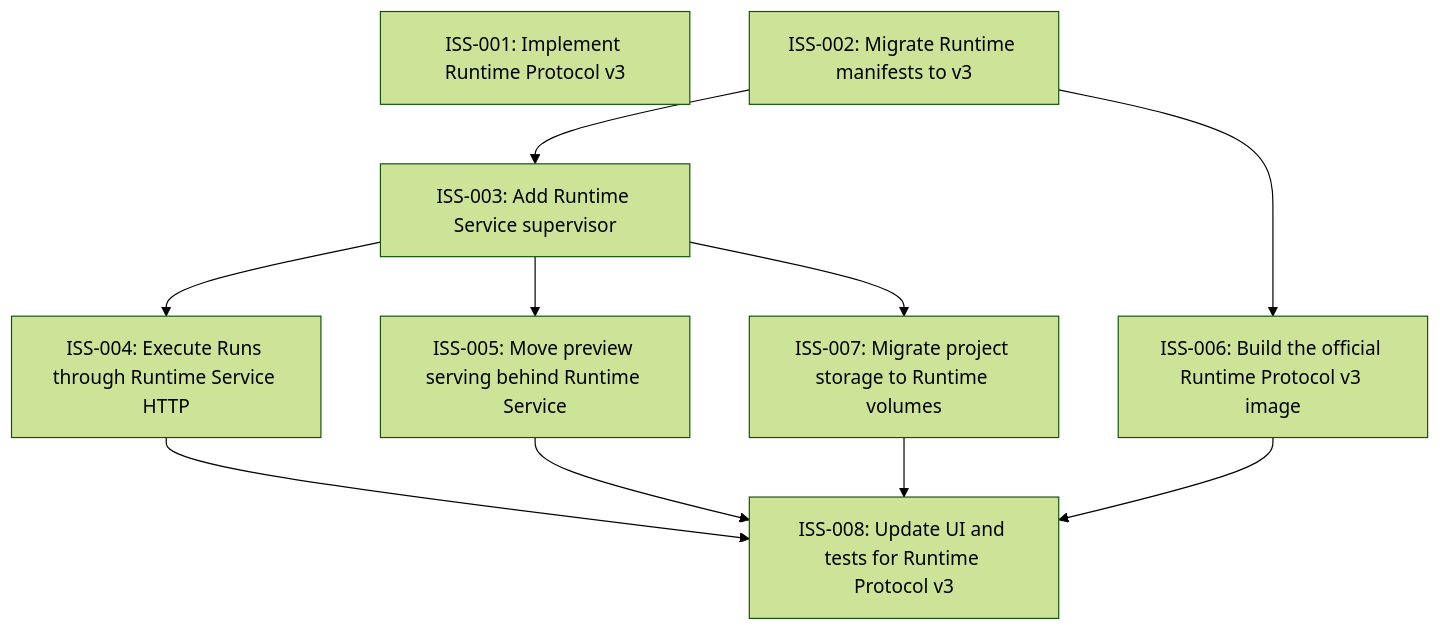
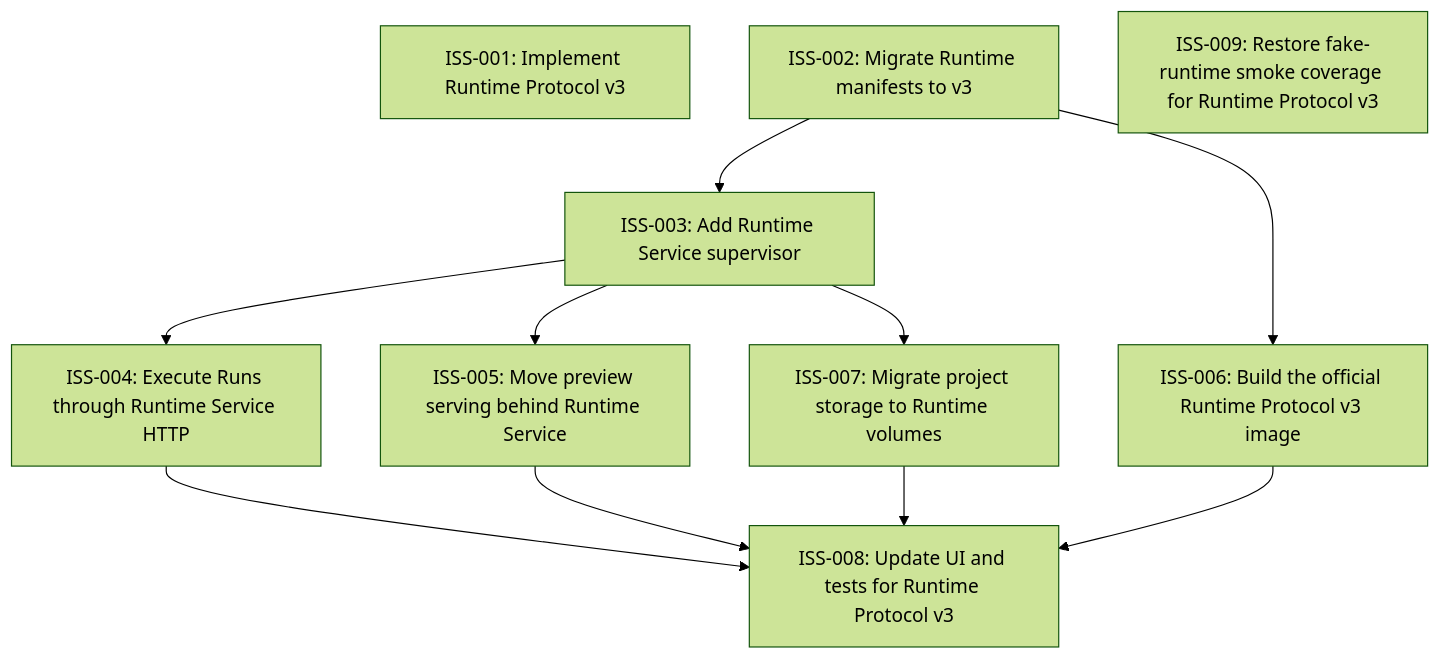
One commit to Milky2018/mooncraft changed the diagram in issues/README.md. Above: the diagram before and after it, drawn with Mermaid (forest theme). The commit also changed other lines of this file and 13 other files, not shown here.

````diff
--- a/issues/README.md
+++ b/issues/README.md
@@ -25,20 +25,21 @@
 ```mermaid
 graph TD
   ISS_001["ISS-001: Implement Runtime Protocol v3"]
   ISS_002["ISS-002: Migrate Runtime manifests to v3"]
   ISS_003["ISS-003: Add Runtime Service supervisor"]
   ISS_004["ISS-004: Execute Runs through Runtime Service HTTP"]
   ISS_005["ISS-005: Move preview serving behind Runtime Service"]
   ISS_006["ISS-006: Build the official Runtime Protocol v3 image"]
   ISS_007["ISS-007: Migrate project storage to Runtime volumes"]
   ISS_008["ISS-008: Update UI and tests for Runtime Protocol v3"]
+  ISS_009["ISS-009: Restore fake-runtime smoke coverage for Runtime Protocol v3"]
   ISS_002 --> ISS_003
   ISS_003 --> ISS_004
   ISS_003 --> ISS_005
   ISS_002 --> ISS_006
   ISS_003 --> ISS_007
   ISS_004 --> ISS_008
   ISS_005 --> ISS_008
   ISS_006 --> ISS_008
   ISS_007 --> ISS_008
 ```
````
